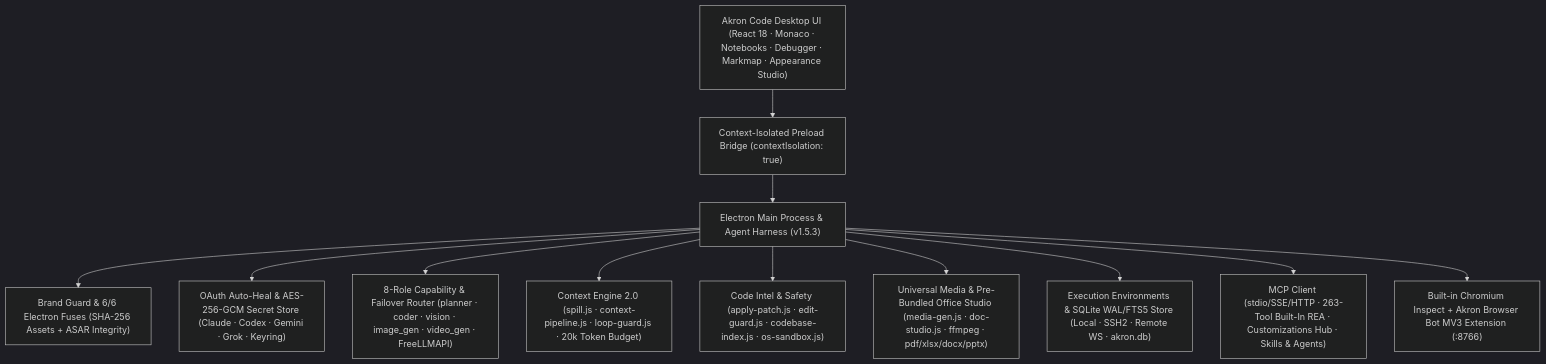
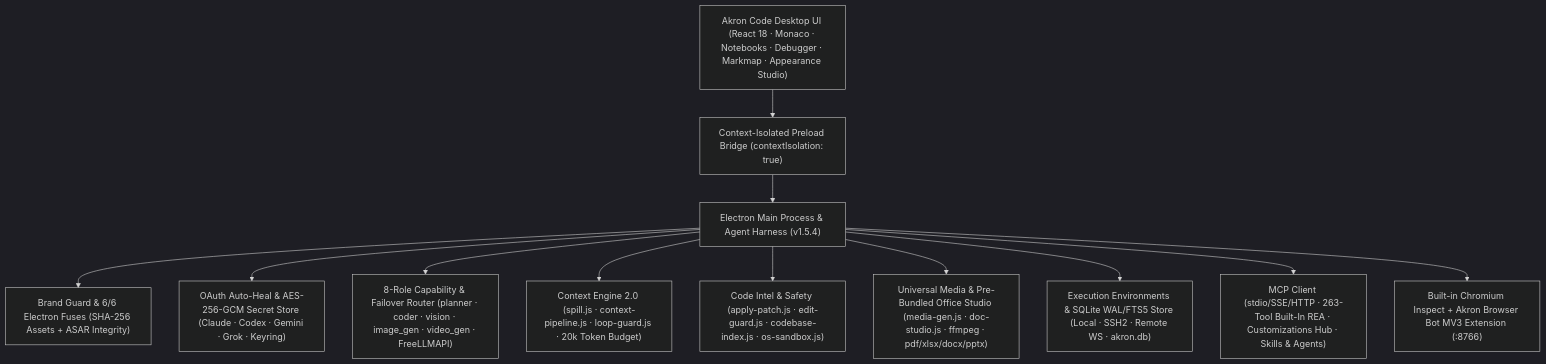
Before and after one commit to faysaliteng/akron-code: the second of 3 diagrams in README.md, drawn with Mermaid (dark theme). The commit also changed other lines of this file and 29 other files, not shown here.

````diff
--- a/README.md
+++ b/README.md
@@ -145,15 +145,15 @@
 ```mermaid
 flowchart TD
   UI["Akron Code Desktop UI (React 18 · Monaco · Notebooks · Debugger · Markmap · Appearance Studio)"] --> Preload["Context-Isolated Preload Bridge (contextIsolation: true)"]
-  Preload --> Main["Electron Main Process & Agent Harness (v1.5.3)"]
+  Preload --> Main["Electron Main Process & Agent Harness (v1.5.4)"]
 
   Main --> Brand["Brand Guard & 6/6 Electron Fuses (SHA-256 Assets + ASAR Integrity)"]
   Main --> Auth["OAuth Auto-Heal & AES-256-GCM Secret Store (Claude · Codex · Gemini · Grok · Keyring)"]
   Main --> Router["8-Role Capability & Failover Router (planner · coder · vision · image_gen · video_gen · FreeLLMAPI)"]
   Main --> Context["Context Engine 2.0 (spill.js · context-pipeline.js · loop-guard.js · 20k Token Budget)"]
   Main --> Intel["Code Intel & Safety (apply-patch.js · edit-guard.js · codebase-index.js · os-sandbox.js)"]
   Main --> Studio["Universal Media & Pre-Bundled Office Studio (media-gen.js · doc-studio.js · ffmpeg · pdf/xlsx/docx/pptx)"]
   Main --> Envs["Execution Environments & SQLite WAL/FTS5 Store (Local · SSH2 · Remote WS · akron.db)"]
   Main --> Ext["MCP Client (stdio/SSE/HTTP · 263-Tool Built-In REA · Customizations Hub · Skills & Agents)"]
   Main --> Bridge["Built-in Chromium Inspect + Akron Browser Bot MV3 Extension (:8766)"]
 ```
````
